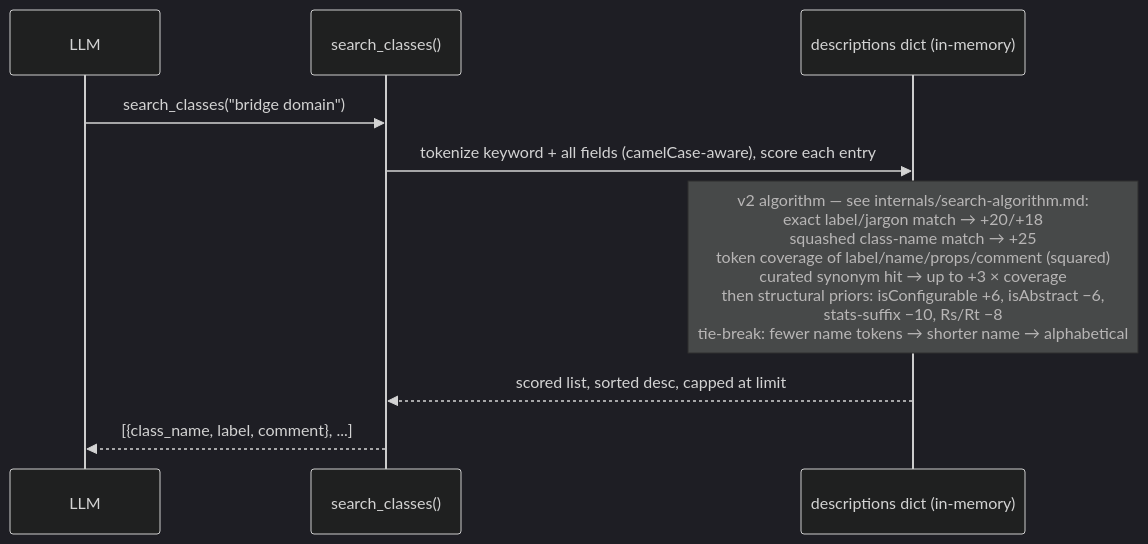
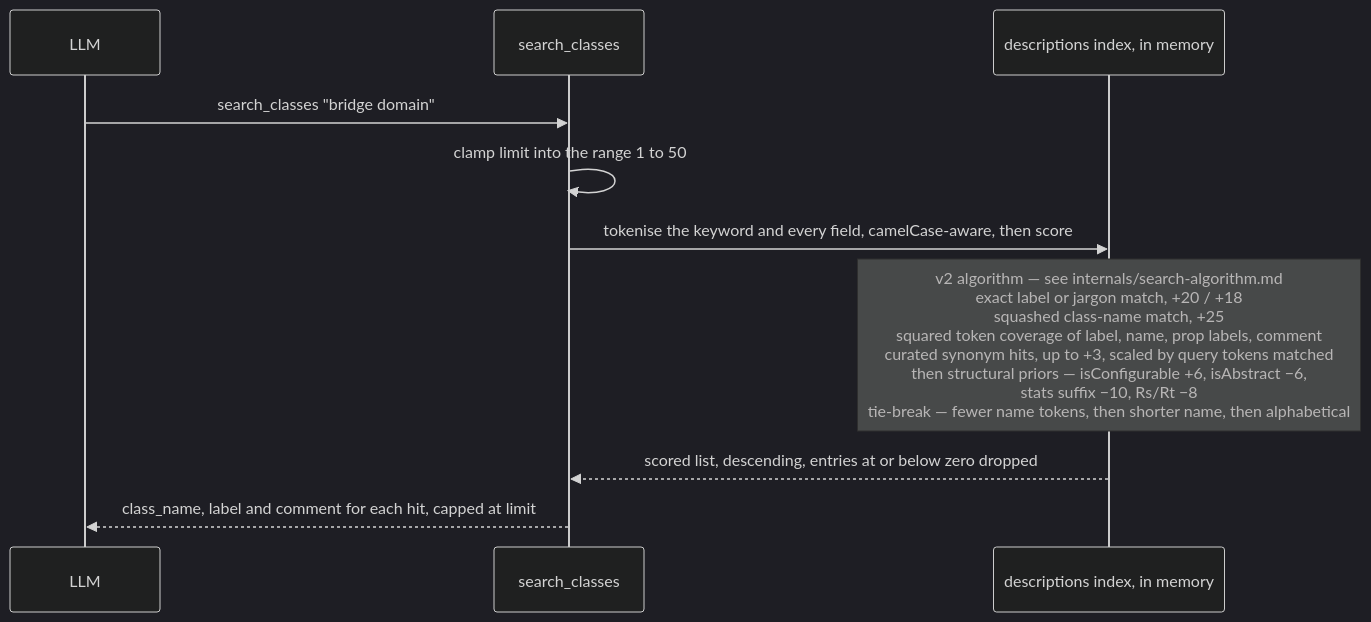
The third of 6 diagrams in docs/architecture/data-flow.md (k3l0-dev/aci-mcp), drawn with Mermaid (dark theme) before and after one commit. The commit also changed other lines of this file and 27 other files, not shown here.

````diff
--- a/docs/architecture/data-flow.md
+++ b/docs/architecture/data-flow.md
@@ -36,12 +64,13 @@
 ```mermaid
 sequenceDiagram
     participant LLM
-    participant tool as search_classes()
-    participant desc as descriptions dict (in-memory)
+    participant tool as search_classes
+    participant desc as descriptions index, in memory
 
-    LLM->>tool: search_classes("bridge domain")
-    tool->>desc: tokenize keyword + all fields (camelCase-aware), score each entry
-    Note over desc: v2 algorithm — see internals/search-algorithm.md:<br/>exact label/jargon match → +20/+18<br/>squashed class-name match → +25<br/>token coverage of label/name/props/comment (squared)<br/>curated synonym hit → up to +3 × coverage<br/>then structural priors: isConfigurable +6, isAbstract −6,<br/>stats-suffix −10, Rs/Rt −8<br/>tie-break: fewer name tokens → shorter name → alphabetical
-    desc-->>tool: scored list, sorted desc, capped at limit
-    tool-->>LLM: [{class_name, label, comment}, ...]
+    LLM->>tool: search_classes "bridge domain"
+    tool->>tool: clamp limit into the range 1 to 50
+    tool->>desc: tokenise the keyword and every field, camelCase-aware, then score
+    Note over desc: v2 algorithm — see internals/search-algorithm.md<br/>exact label or jargon match, +20 / +18<br/>squashed class-name match, +25<br/>squared token coverage of label, name, prop labels, comment<br/>curated synonym hits, up to +3, scaled by query tokens matched<br/>then structural priors — isConfigurable +6, isAbstract −6,<br/>stats suffix −10, Rs/Rt −8<br/>tie-break — fewer name tokens, then shorter name, then alphabetical
+    desc-->>tool: scored list, descending, entries at or below zero dropped
+    tool-->>LLM: class_name, label and comment for each hit, capped at limit
 ```
````
